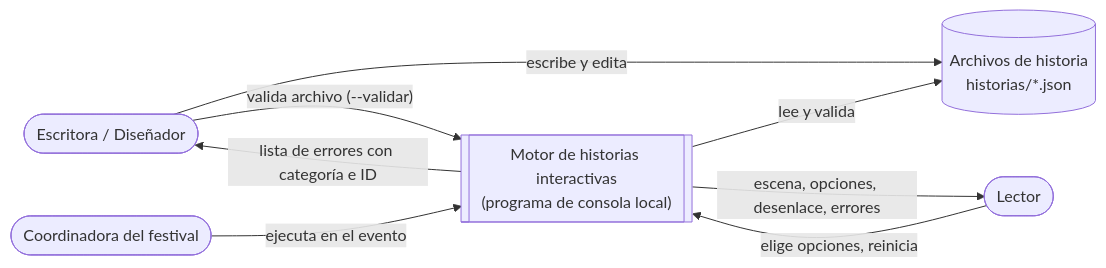
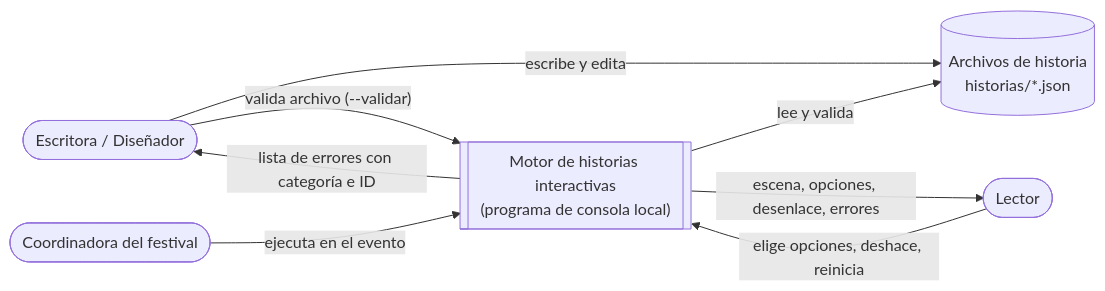
Before and after one commit to CamiloConde/Parcial-2-Ingenieria-de-software: the first of 5 diagrams in docs/anexo/A1_modelos.md, drawn with Mermaid. The commit also changed other lines of this file and 5 other files, not shown here.

````diff
--- a/docs/anexo/A1_modelos.md
+++ b/docs/anexo/A1_modelos.md
@@ -3,15 +3,15 @@
 ```mermaid
 flowchart LR
   ESC(["Escritora / Diseñador"])
   LEC(["Lector"])
   COO(["Coordinadora del festival"])
   SIS[["Motor de historias interactivas<br/>(programa de consola local)"]]
   ARC[("Archivos de historia<br/>historias/*.json")]
   ESC -- "escribe y edita" --> ARC
   ESC -- "valida archivo (--validar)" --> SIS
-  LEC -- "elige opciones, reinicia" --> SIS
+  LEC -- "elige opciones, deshace, reinicia" --> SIS
   COO -- "ejecuta en el evento" --> SIS
   SIS -- "lee y valida" --> ARC
   SIS -- "escena, opciones, desenlace, errores" --> LEC
   SIS -- "lista de errores con categoría e ID" --> ESC
 ```
````
